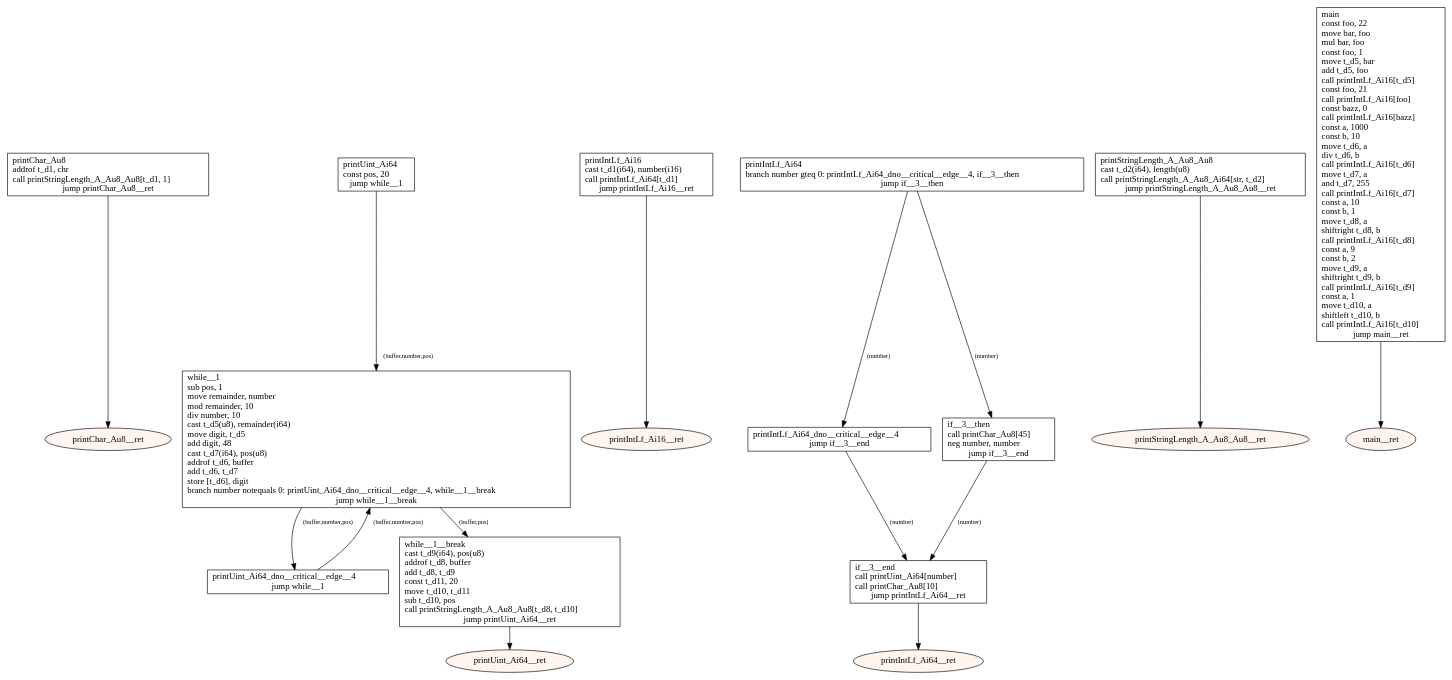
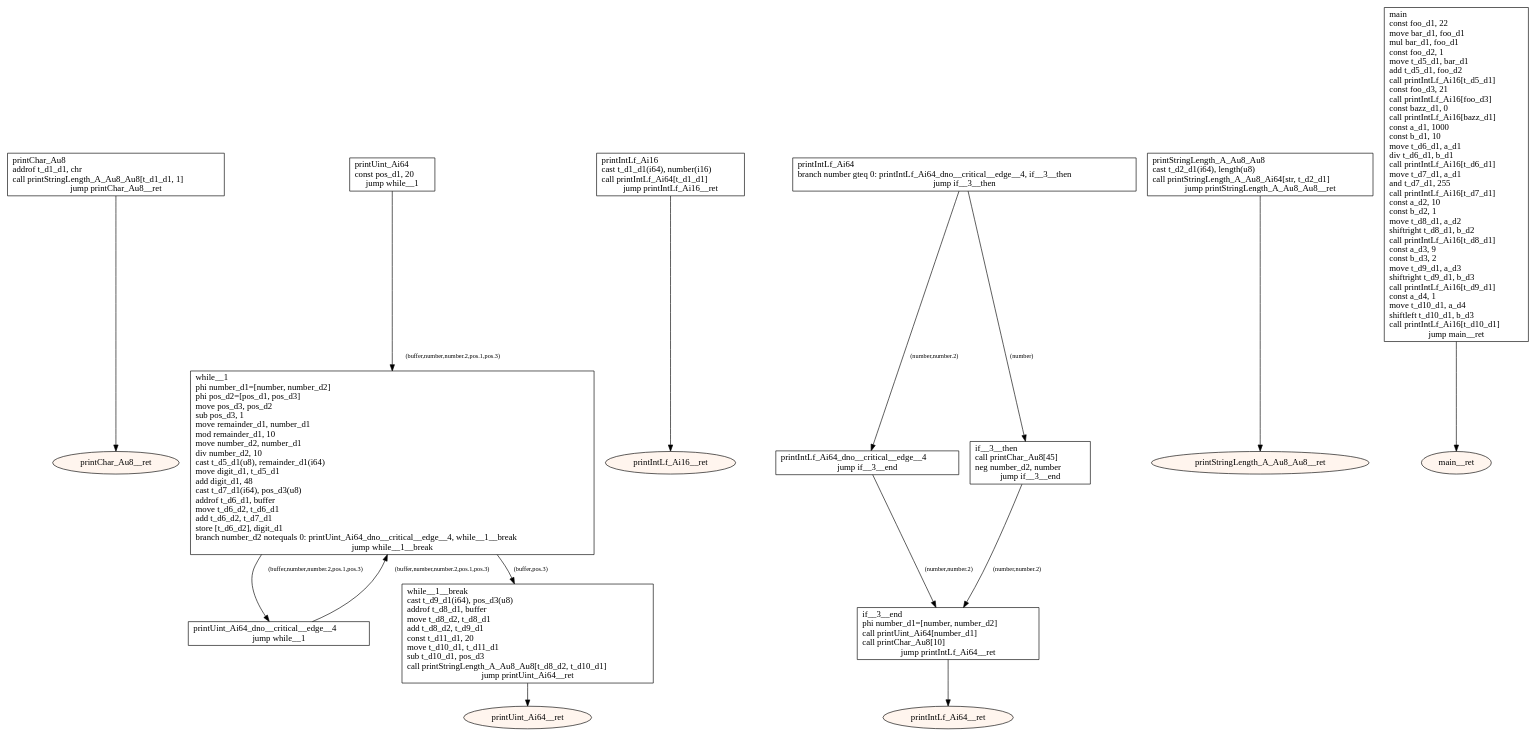
The diagram in src/main/resources-test/compiler/windows/arithmetics.dot (tmssngr/tinyC), drawn with Graphviz before and after one commit. The commit also changed 90 other files, not shown here.

```diff
--- a/src/main/resources-test/compiler/windows/arithmetics.dot
+++ b/src/main/resources-test/compiler/windows/arithmetics.dot
@@ -1,47 +1,47 @@
 digraph program {
 	edge[fontsize="10pt"];
 	subgraph fn_printChar_Au8 {
-		BasicBlock_0_printChar_Au8 [label="printChar_Au8\laddrof t_d1, chr\lcall printStringLength_A_Au8_Au8[t_d1, 1]\ljump printChar_Au8__ret",shape=box];
+		BasicBlock_0_printChar_Au8 [label="printChar_Au8\laddrof t_d1_d1, chr\lcall printStringLength_A_Au8_Au8[t_d1_d1, 1]\ljump printChar_Au8__ret",shape=box];
 		BasicBlock_0_printChar_Au8 -> BasicBlock_0_printChar_Au8__ret;
 		BasicBlock_0_printChar_Au8__ret [label="printChar_Au8__ret",shape=oval,style=filled,fillcolor="#fff5ee"];
 	}
 	subgraph fn_printUint_Ai64 {
-		BasicBlock_1_printUint_Ai64 [label="printUint_Ai64\lconst pos, 20\ljump while__1",shape=box];
-		BasicBlock_1_printUint_Ai64 -> BasicBlock_1_while__1 [label="(buffer,number,pos)"];
+		BasicBlock_1_printUint_Ai64 [label="printUint_Ai64\lconst pos_d1, 20\ljump while__1",shape=box];
+		BasicBlock_1_printUint_Ai64 -> BasicBlock_1_while__1 [label="(buffer,number,number.2,pos.1,pos.3)"];
 		BasicBlock_1_printUint_Ai64_dno__critical__edge__4 [label="printUint_Ai64_dno__critical__edge__4\ljump while__1",shape=box];
-		BasicBlock_1_printUint_Ai64_dno__critical__edge__4 -> BasicBlock_1_while__1 [label="(buffer,number,pos)"];
-		BasicBlock_1_while__1 [label="while__1\lsub pos, 1\lmove remainder, number\lmod remainder, 10\ldiv number, 10\lcast t_d5(u8), remainder(i64)\lmove digit, t_d5\ladd digit, 48\lcast t_d7(i64), pos(u8)\laddrof t_d6, buffer\ladd t_d6, t_d7\lstore [t_d6], digit\lbranch number notequals 0: printUint_Ai64_dno__critical__edge__4, while__1__break\ljump while__1__break",shape=box];
-		BasicBlock_1_while__1 -> BasicBlock_1_printUint_Ai64_dno__critical__edge__4 [label="(buffer,number,pos)"];
-		BasicBlock_1_while__1 -> BasicBlock_1_while__1__break [label="(buffer,pos)"];
-		BasicBlock_1_while__1__break [label="while__1__break\lcast t_d9(i64), pos(u8)\laddrof t_d8, buffer\ladd t_d8, t_d9\lconst t_d11, 20\lmove t_d10, t_d11\lsub t_d10, pos\lcall printStringLength_A_Au8_Au8[t_d8, t_d10]\ljump printUint_Ai64__ret",shape=box];
+		BasicBlock_1_printUint_Ai64_dno__critical__edge__4 -> BasicBlock_1_while__1 [label="(buffer,number,number.2,pos.1,pos.3)"];
+		BasicBlock_1_while__1 [label="while__1\lphi number_d1=[number, number_d2]\lphi pos_d2=[pos_d1, pos_d3]\lmove pos_d3, pos_d2\lsub pos_d3, 1\lmove remainder_d1, number_d1\lmod remainder_d1, 10\lmove number_d2, number_d1\ldiv number_d2, 10\lcast t_d5_d1(u8), remainder_d1(i64)\lmove digit_d1, t_d5_d1\ladd digit_d1, 48\lcast t_d7_d1(i64), pos_d3(u8)\laddrof t_d6_d1, buffer\lmove t_d6_d2, t_d6_d1\ladd t_d6_d2, t_d7_d1\lstore [t_d6_d2], digit_d1\lbranch number_d2 notequals 0: printUint_Ai64_dno__critical__edge__4, while__1__break\ljump while__1__break",shape=box];
+		BasicBlock_1_while__1 -> BasicBlock_1_printUint_Ai64_dno__critical__edge__4 [label="(buffer,number,number.2,pos.1,pos.3)"];
+		BasicBlock_1_while__1 -> BasicBlock_1_while__1__break [label="(buffer,pos.3)"];
+		BasicBlock_1_while__1__break [label="while__1__break\lcast t_d9_d1(i64), pos_d3(u8)\laddrof t_d8_d1, buffer\lmove t_d8_d2, t_d8_d1\ladd t_d8_d2, t_d9_d1\lconst t_d11_d1, 20\lmove t_d10_d1, t_d11_d1\lsub t_d10_d1, pos_d3\lcall printStringLength_A_Au8_Au8[t_d8_d2, t_d10_d1]\ljump printUint_Ai64__ret",shape=box];
 		BasicBlock_1_while__1__break -> BasicBlock_1_printUint_Ai64__ret;
 		BasicBlock_1_printUint_Ai64__ret [label="printUint_Ai64__ret",shape=oval,style=filled,fillcolor="#fff5ee"];
 	}
 	subgraph fn_printIntLf_Ai16 {
-		BasicBlock_2_printIntLf_Ai16 [label="printIntLf_Ai16\lcast t_d1(i64), number(i16)\lcall printIntLf_Ai64[t_d1]\ljump printIntLf_Ai16__ret",shape=box];
+		BasicBlock_2_printIntLf_Ai16 [label="printIntLf_Ai16\lcast t_d1_d1(i64), number(i16)\lcall printIntLf_Ai64[t_d1_d1]\ljump printIntLf_Ai16__ret",shape=box];
 		BasicBlock_2_printIntLf_Ai16 -> BasicBlock_2_printIntLf_Ai16__ret;
 		BasicBlock_2_printIntLf_Ai16__ret [label="printIntLf_Ai16__ret",shape=oval,style=filled,fillcolor="#fff5ee"];
 	}
 	subgraph fn_printIntLf_Ai64 {
 		BasicBlock_3_printIntLf_Ai64 [label="printIntLf_Ai64\lbranch number gteq 0: printIntLf_Ai64_dno__critical__edge__4, if__3__then\ljump if__3__then",shape=box];
-		BasicBlock_3_printIntLf_Ai64 -> BasicBlock_3_printIntLf_Ai64_dno__critical__edge__4 [label="(number)"];
+		BasicBlock_3_printIntLf_Ai64 -> BasicBlock_3_printIntLf_Ai64_dno__critical__edge__4 [label="(number,number.2)"];
 		BasicBlock_3_printIntLf_Ai64 -> BasicBlock_3_if__3__then [label="(number)"];
 		BasicBlock_3_printIntLf_Ai64_dno__critical__edge__4 [label="printIntLf_Ai64_dno__critical__edge__4\ljump if__3__end",shape=box];
-		BasicBlock_3_printIntLf_Ai64_dno__critical__edge__4 -> BasicBlock_3_if__3__end [label="(number)"];
-		BasicBlock_3_if__3__then [label="if__3__then\lcall printChar_Au8[45]\lneg number, number\ljump if__3__end",shape=box];
-		BasicBlock_3_if__3__then -> BasicBlock_3_if__3__end [label="(number)"];
-		BasicBlock_3_if__3__end [label="if__3__end\lcall printUint_Ai64[number]\lcall printChar_Au8[10]\ljump printIntLf_Ai64__ret",shape=box];
+		BasicBlock_3_printIntLf_Ai64_dno__critical__edge__4 -> BasicBlock_3_if__3__end [label="(number,number.2)"];
+		BasicBlock_3_if__3__then [label="if__3__then\lcall printChar_Au8[45]\lneg number_d2, number\ljump if__3__end",shape=box];
+		BasicBlock_3_if__3__then -> BasicBlock_3_if__3__end [label="(number,number.2)"];
+		BasicBlock_3_if__3__end [label="if__3__end\lphi number_d1=[number, number_d2]\lcall printUint_Ai64[number_d1]\lcall printChar_Au8[10]\ljump printIntLf_Ai64__ret",shape=box];
 		BasicBlock_3_if__3__end -> BasicBlock_3_printIntLf_Ai64__ret;
 		BasicBlock_3_printIntLf_Ai64__ret [label="printIntLf_Ai64__ret",shape=oval,style=filled,fillcolor="#fff5ee"];
 	}
 	subgraph fn_printStringLength_A_Au8_Au8 {
-		BasicBlock_4_printStringLength_A_Au8_Au8 [label="printStringLength_A_Au8_Au8\lcast t_d2(i64), length(u8)\lcall printStringLength_A_Au8_Ai64[str, t_d2]\ljump printStringLength_A_Au8_Au8__ret",shape=box];
+		BasicBlock_4_printStringLength_A_Au8_Au8 [label="printStringLength_A_Au8_Au8\lcast t_d2_d1(i64), length(u8)\lcall printStringLength_A_Au8_Ai64[str, t_d2_d1]\ljump printStringLength_A_Au8_Au8__ret",shape=box];
 		BasicBlock_4_printStringLength_A_Au8_Au8 -> BasicBlock_4_printStringLength_A_Au8_Au8__ret;
 		BasicBlock_4_printStringLength_A_Au8_Au8__ret [label="printStringLength_A_Au8_Au8__ret",shape=oval,style=filled,fillcolor="#fff5ee"];
 	}
 	subgraph fn_main {
-		BasicBlock_5_main [label="main\lconst foo, 22\lmove bar, foo\lmul bar, foo\lconst foo, 1\lmove t_d5, bar\ladd t_d5, foo\lcall printIntLf_Ai16[t_d5]\lconst foo, 21\lcall printIntLf_Ai16[foo]\lconst bazz, 0\lcall printIntLf_Ai16[bazz]\lconst a, 1000\lconst b, 10\lmove t_d6, a\ldiv t_d6, b\lcall printIntLf_Ai16[t_d6]\lmove t_d7, a\land t_d7, 255\lcall printIntLf_Ai16[t_d7]\lconst a, 10\lconst b, 1\lmove t_d8, a\lshiftright t_d8, b\lcall printIntLf_Ai16[t_d8]\lconst a, 9\lconst b, 2\lmove t_d9, a\lshiftright t_d9, b\lcall printIntLf_Ai16[t_d9]\lconst a, 1\lmove t_d10, a\lshiftleft t_d10, b\lcall printIntLf_Ai16[t_d10]\ljump main__ret",shape=box];
+		BasicBlock_5_main [label="main\lconst foo_d1, 22\lmove bar_d1, foo_d1\lmul bar_d1, foo_d1\lconst foo_d2, 1\lmove t_d5_d1, bar_d1\ladd t_d5_d1, foo_d2\lcall printIntLf_Ai16[t_d5_d1]\lconst foo_d3, 21\lcall printIntLf_Ai16[foo_d3]\lconst bazz_d1, 0\lcall printIntLf_Ai16[bazz_d1]\lconst a_d1, 1000\lconst b_d1, 10\lmove t_d6_d1, a_d1\ldiv t_d6_d1, b_d1\lcall printIntLf_Ai16[t_d6_d1]\lmove t_d7_d1, a_d1\land t_d7_d1, 255\lcall printIntLf_Ai16[t_d7_d1]\lconst a_d2, 10\lconst b_d2, 1\lmove t_d8_d1, a_d2\lshiftright t_d8_d1, b_d2\lcall printIntLf_Ai16[t_d8_d1]\lconst a_d3, 9\lconst b_d3, 2\lmove t_d9_d1, a_d3\lshiftright t_d9_d1, b_d3\lcall printIntLf_Ai16[t_d9_d1]\lconst a_d4, 1\lmove t_d10_d1, a_d4\lshiftleft t_d10_d1, b_d3\lcall printIntLf_Ai16[t_d10_d1]\ljump main__ret",shape=box];
 		BasicBlock_5_main -> BasicBlock_5_main__ret;
 		BasicBlock_5_main__ret [label="main__ret",shape=oval,style=filled,fillcolor="#fff5ee"];
 	}
 }
```
